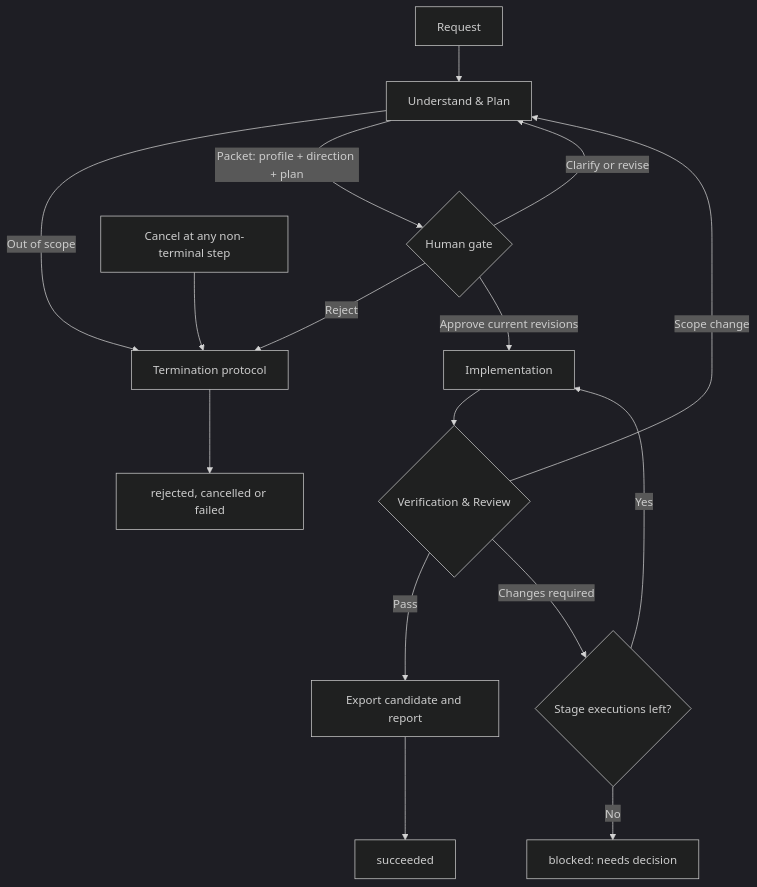
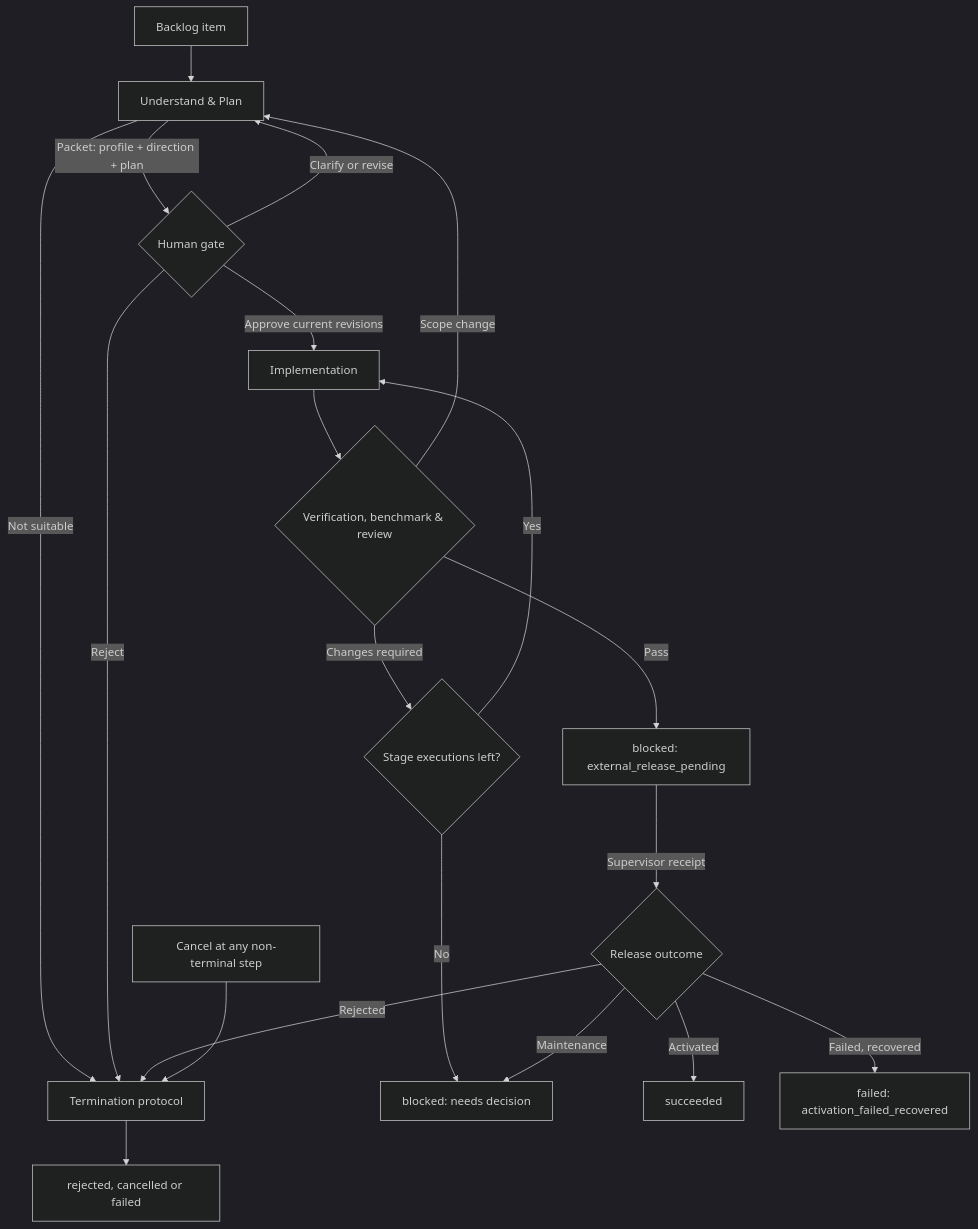
Before and after one commit to eurus-labs/LiveFactory: the third of 3 diagrams in docs/spec/r0-core.md, drawn with Mermaid (dark theme). The commit also changed other lines of this file and 8 other files, not shown here.

First line of the commit message:
docs: make ring 0 self-hosting with supervisor and release

````diff
--- a/docs/spec/r0-core.md
+++ b/docs/spec/r0-core.md
@@ -299,18 +312,22 @@
 ```mermaid
 flowchart TD
-    A["Request"] --> UP["Understand & Plan"]
-    UP -->|"Out of scope"| ST["Termination protocol"]
+    A["Backlog item"] --> UP["Understand & Plan"]
+    UP -->|"Not suitable"| ST["Termination protocol"]
     UP -->|"Packet: profile + direction + plan"| HG{"Human gate"}
     HG -->|"Clarify or revise"| UP
     HG -->|"Reject"| ST
     HG -->|"Approve current revisions"| I["Implementation"]
-    I --> V{"Verification & Review"}
-    V -->|"Pass"| D["Export candidate and report"]
+    I --> V{"Verification, benchmark & review"}
     V -->|"Changes required"| L{"Stage executions left?"}
     L -->|"Yes"| I
     L -->|"No"| BL["blocked: needs decision"]
     V -->|"Scope change"| UP
-    D --> OK["succeeded"]
+    V -->|"Pass"| W["blocked: external_release_pending"]
+    W -->|"Supervisor receipt"| R{"Release outcome"}
+    R -->|"Rejected"| ST
+    R -->|"Activated"| OK["succeeded"]
+    R -->|"Failed, recovered"| F["failed: activation_failed_recovered"]
+    R -->|"Maintenance"| BL
     C["Cancel at any non-terminal step"] --> ST
     ST --> END["rejected, cancelled or failed"]
 ```
````
